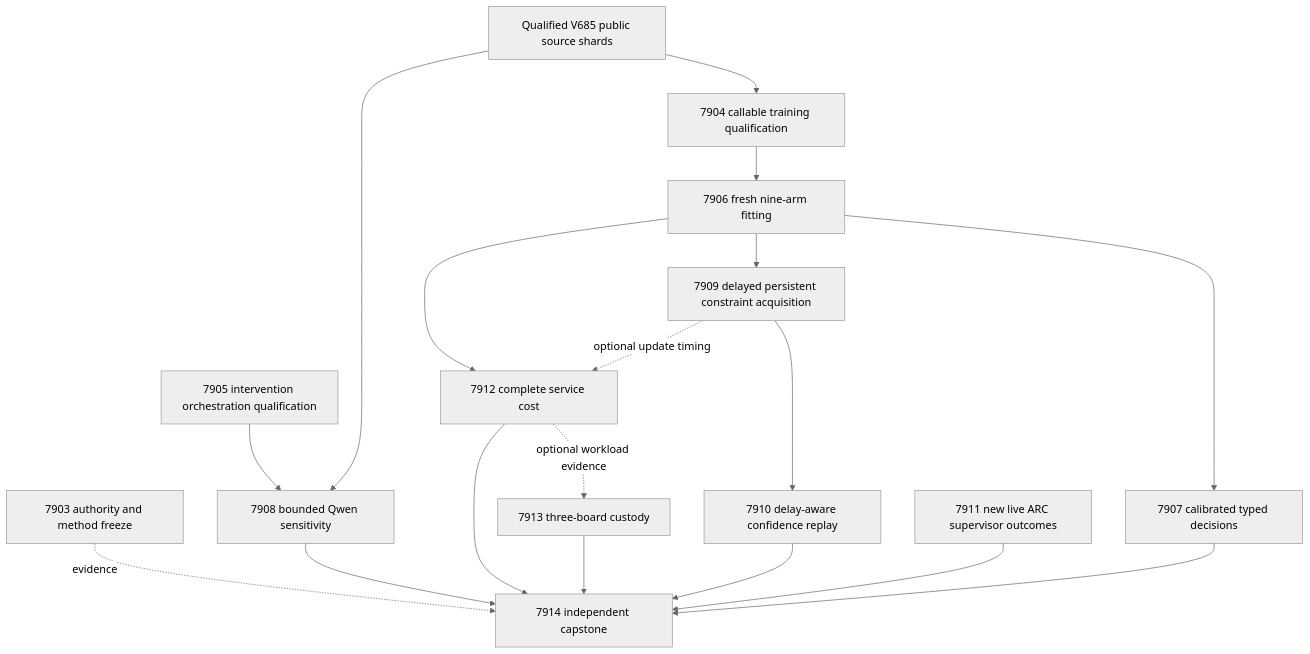
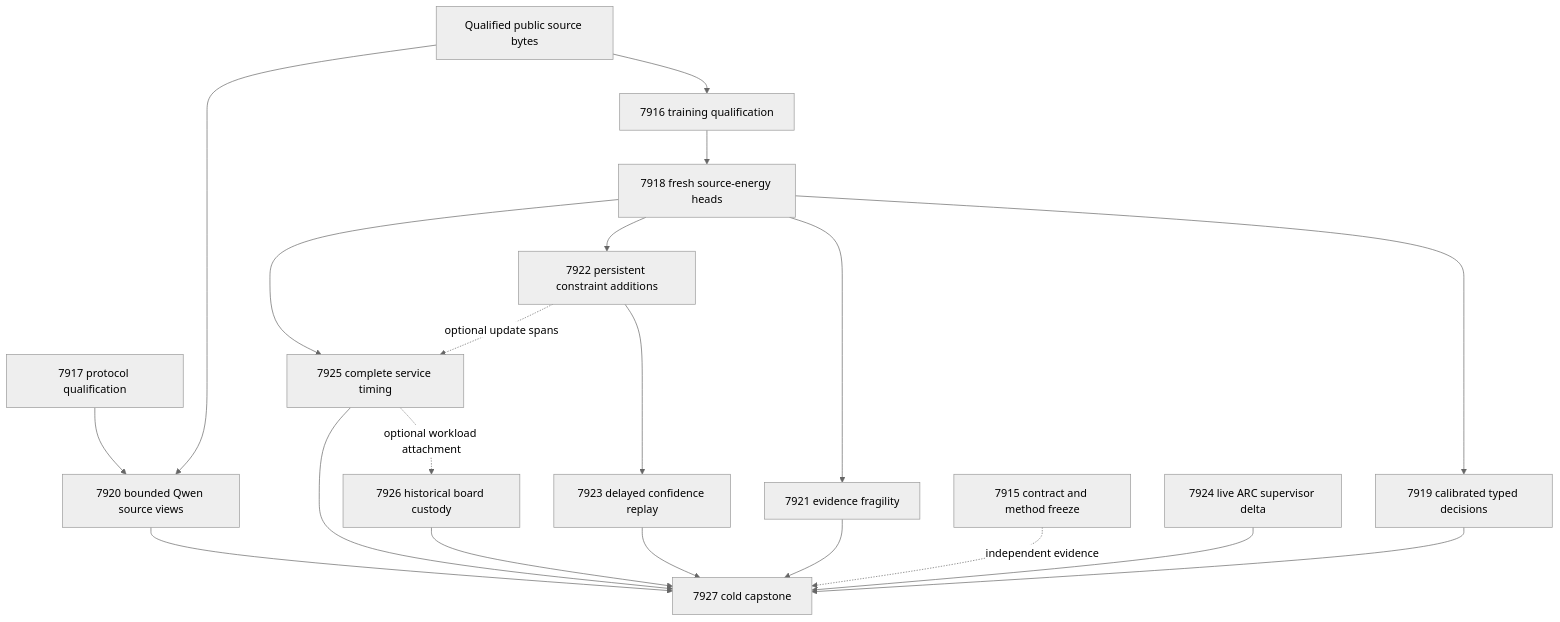
The diagram in openspec/change-proposals/research-roadmap-vNEXT.md (Carnot-EBM/carnot-ebm), drawn with Mermaid (neutral theme) before and after one commit. The commit also changed other lines of this file and 17 other files, not shown here.

````diff
--- a/openspec/change-proposals/research-roadmap-vNEXT.md
+++ b/openspec/change-proposals/research-roadmap-vNEXT.md
@@ -90,20 +91,22 @@
 ```mermaid
 flowchart TD
-  C[7903 authority and method freeze] -. evidence .-> X[7914 independent capstone]
-  S[Qualified V685 public source shards] --> R[7904 callable training qualification]
-  R --> F[7906 fresh nine-arm fitting]
-  S --> Q[7908 bounded Qwen sensitivity]
-  P[7905 intervention orchestration qualification] --> Q
-  F --> D[7907 calibrated typed decisions]
-  F --> L[7909 delayed persistent constraint acquisition]
-  L --> U[7910 delay-aware confidence replay]
-  F --> T[7912 complete service cost]
-  L -. optional update timing .-> T
-  T -. optional workload evidence .-> H[7913 three-board custody]
-  A[7911 new live ARC supervisor outcomes] --> X
-  D --> X
-  Q --> X
-  U --> X
-  T --> X
-  H --> X
+  S[Qualified public source bytes] --> T[7916 training qualification]
+  T --> F[7918 fresh source-energy heads]
+  F --> D[7919 calibrated typed decisions]
+  F --> B[7921 evidence fragility]
+  F --> L[7922 persistent constraint additions]
+  L --> C[7923 delayed confidence replay]
+  P[7917 protocol qualification] --> Q[7920 bounded Qwen source views]
+  S --> Q
+  F --> E[7925 complete service timing]
+  L -. optional update spans .-> E
+  E -. optional workload attachment .-> H[7926 historical board custody]
+  A[7915 contract and method freeze] -. independent evidence .-> R[7927 cold capstone]
+  D --> R
+  B --> R
+  C --> R
+  Q --> R
+  E --> R
+  H --> R
+  X[7924 live ARC supervisor delta] --> R
 ```
````
